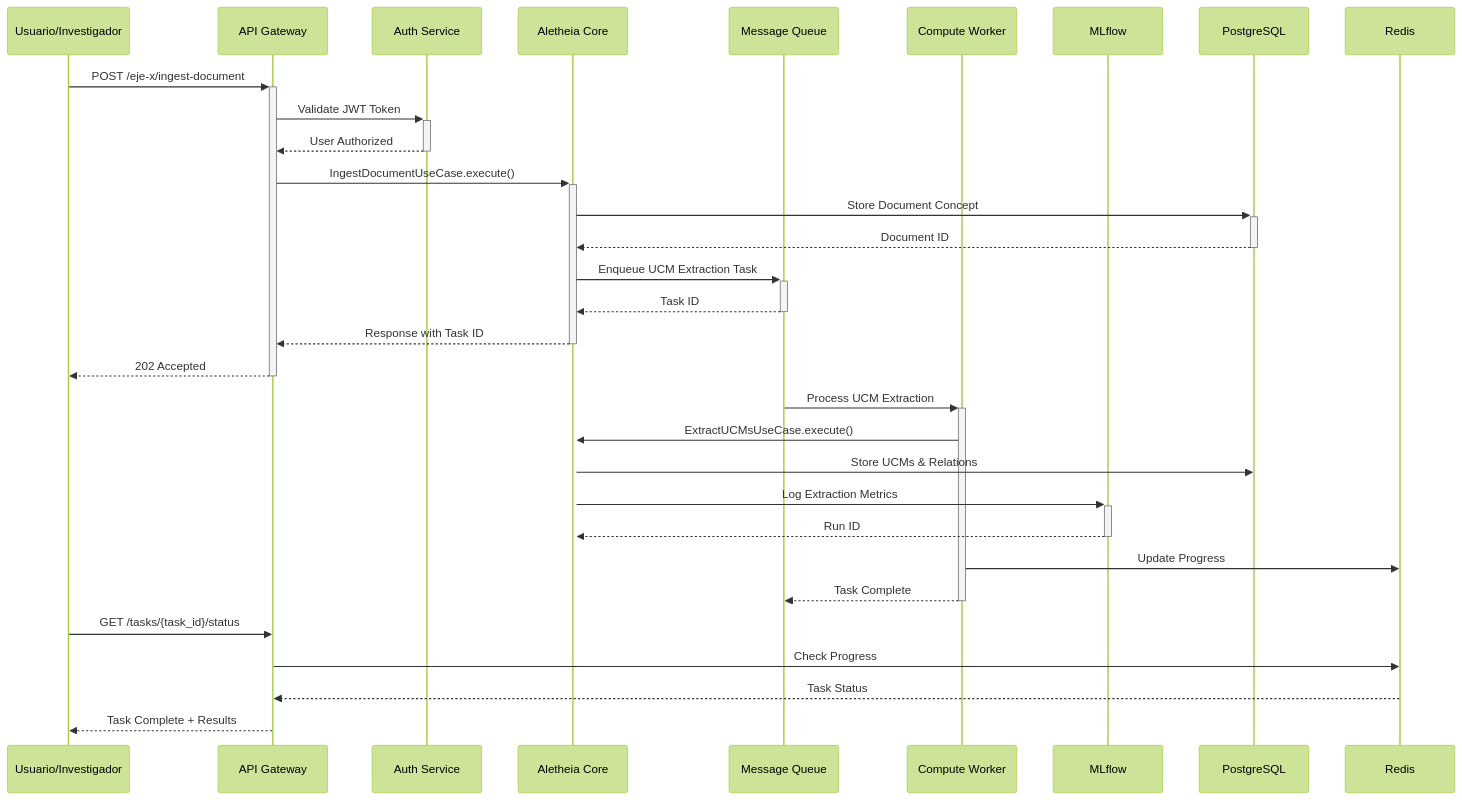
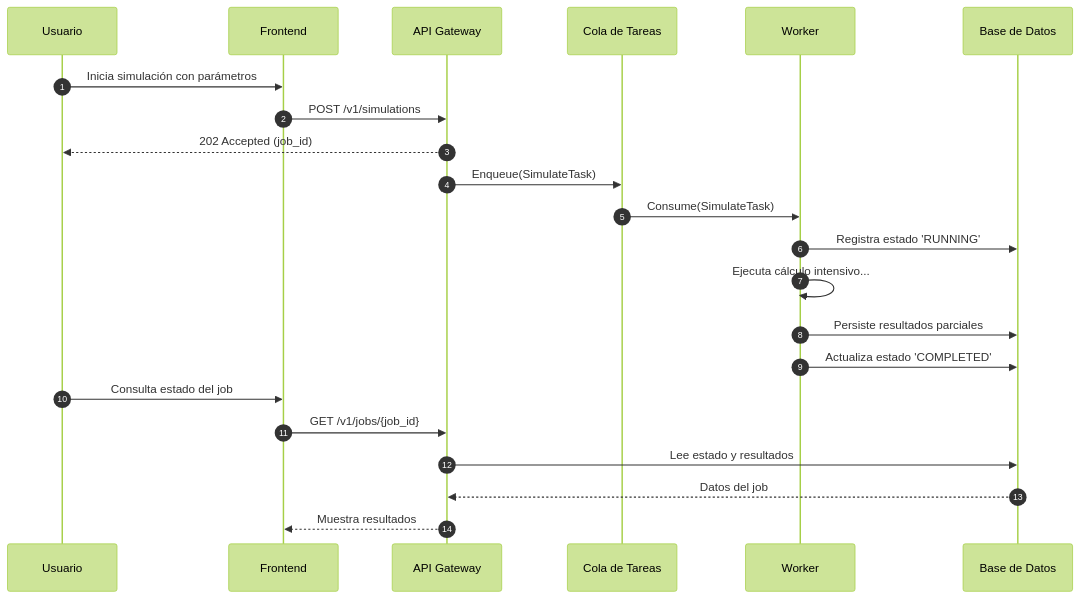
The third of 3 diagrams in README.md (SunNeurotron/Aletheia), drawn with Mermaid (forest theme) before and after one commit. The commit also changed other lines of this file, not shown here.

````diff
--- a/README.md
+++ b/README.md
@@ -251,39 +120,25 @@
 ```mermaid
 sequenceDiagram
-    participant User as Usuario/Investigador
+    autonumber
+    participant U as Usuario
+    participant FE as Frontend
     participant API as API Gateway
-    participant Auth as Auth Service
-    participant Core as Aletheia Core
-    participant Queue as Message Queue
-    participant Worker as Compute Worker
-    participant ML as MLflow
-    participant DB as PostgreSQL
-    participant Cache as Redis
+    participant Q as Cola de Tareas
+    participant W as Worker
+    participant DB as Base de Datos
 
-    User->>+API: POST /eje-x/ingest-document
-    API->>+Auth: Validate JWT Token
-    Auth-->>-API: User Authorized
-
-    API->>+Core: IngestDocumentUseCase.execute()
-    Core->>+DB: Store Document Concept
-    DB-->>-Core: Document ID
-
-    Core->>+Queue: Enqueue UCM Extraction Task
-    Queue-->>-Core: Task ID
-    Core-->>-API: Response with Task ID
-    API-->>-User: 202 Accepted
-
-    Queue->>+Worker: Process UCM Extraction
-    Worker->>+Core: ExtractUCMsUseCase.execute()
-    Core->>DB: Store UCMs & Relations
-    Core->>+ML: Log Extraction Metrics
-    ML-->>-Core: Run ID
-
-    Worker->>Cache: Update Progress
-    Worker-->>-Queue: Task Complete
-
-    User->>API: GET /tasks/{task_id}/status
-    API->>Cache: Check Progress
-    Cache-->>API: Task Status
-    API-->>User: Task Complete + Results
+    U->>FE: Inicia simulación con parámetros
+    FE->>API: POST /v1/simulations
+    API-->>U: 202 Accepted (job_id)
+    API->>Q: Enqueue(SimulateTask)
+    Q->>W: Consume(SimulateTask)
+    W->>DB: Registra estado 'RUNNING'
+    W->>W: Ejecuta cálculo intensivo...
+    W->>DB: Persiste resultados parciales
+    W->>DB: Actualiza estado 'COMPLETED'
+    U->>FE: Consulta estado del job
+    FE->>API: GET /v1/jobs/{job_id}
+    API->>DB: Lee estado y resultados
+    DB-->>API: Datos del job
+    API-->>FE: Muestra resultados
 ```
````
